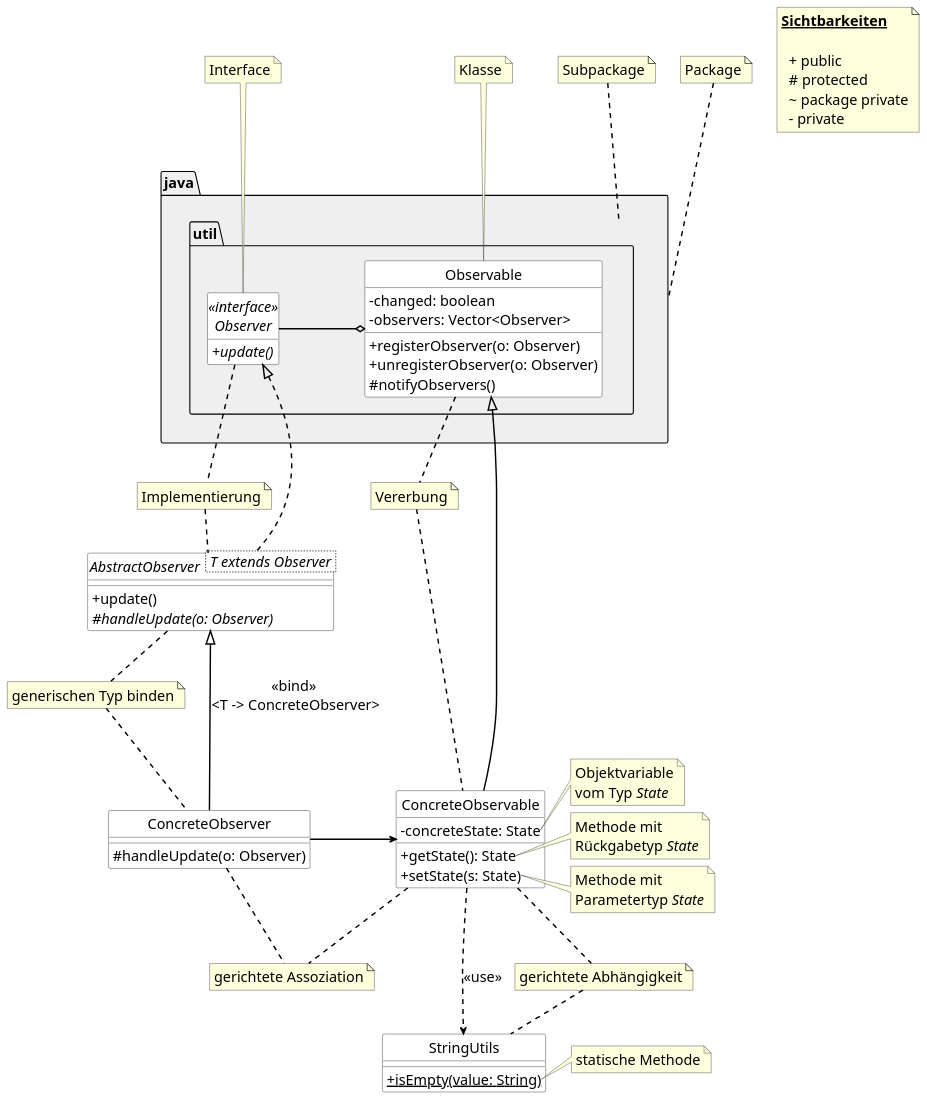
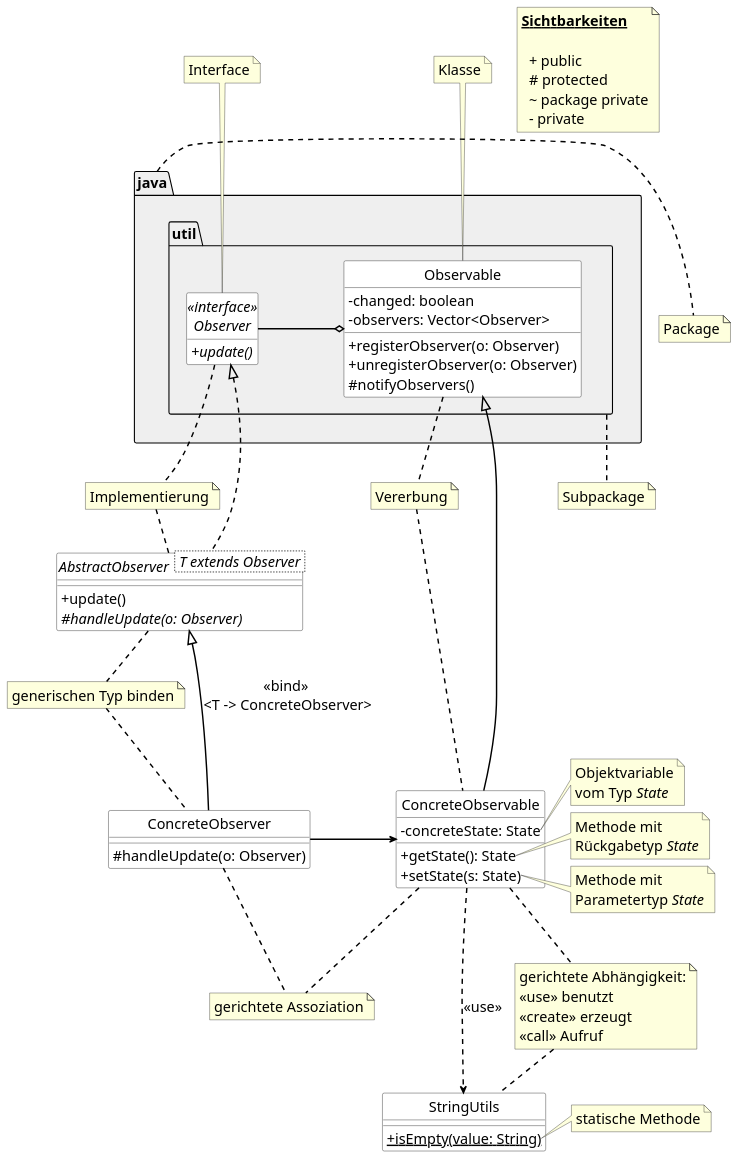
The diagram in doc/uml/class-diagram-technical.puml (uhafner/codingstyle), drawn with PlantUML before and after one commit. The commit also changed 2 other files, not shown here.

Commit message:
Improve UML legend.

```diff
--- a/doc/uml/class-diagram-technical.puml
+++ b/doc/uml/class-diagram-technical.puml
@@ -1,133 +1,133 @@
 @startuml
 
 skinparam package {
   BackgroundColor #efefef
   BorderColor #a0a0a0
   BackgroundColor<<Main>> gold
   BorderColor black
   ArrowColor black
-  FontName  Arial Unicode MS
+  FontName Arial Unicode MS
   FontSize 20
 }
 
 skinparam class {
   BackgroundColor #white
   BorderColor #f4f4f4
   BackgroundColor<<Main>> gold
   BorderColor black
   ArrowColor black
-  FontName  Arial Unicode MS
+  FontName Arial Unicode MS
   FontSize 20
 }
 skinparam classFontSize 24
 skinparam classAttributeIconSize 0
 skinparam defaultFontSize 20
 
 skinparam ArrowColor black
 skinparam ArrowThickness 2
 
 hide circle
 
 package java.util {
     class Observable {
         - changed: boolean
         - observers: Vector<Observer>
         +registerObserver(o: Observer)
         +unregisterObserver(o: Observer)
         #notifyObservers()
     }
 
     interface Observer <<interface>> {
         +update() {abstract}
     }
 }
 
 note "Package" as Package
 note "Subpackage" as Subpackage
 note "Klasse" as Class
 note "Interface" as Interface
 note "Vererbung" as Vererbung
 note "Implementierung" as Implementierung
 note "gerichtete Assoziation" as Assoziation
 note "generischen Typ binden" as Generics
-note "gerichtete Abhängigkeit" as Dependency
+note "gerichtete Abhängigkeit:\n<<use>> benutzt\n<<create>> erzeugt\n<<call>> Aufruf" as Dependency
 
 class ConcreteObservable {
     -concreteState: State
     +getState(): State
     +setState(s: State)
 }
 
 Observable <|-- ConcreteObservable
 
 hide interface fields
 
 abstract class AbstractObserver < T extends Observer >  {
     +update()
     #handleUpdate(o: Observer) {abstract}
 }
 
 class ConcreteObserver {
     #handleUpdate(o: Observer)
 }
 
 class StringUtils {
     +isEmpty(value: String) {static}
 }
 
 note right of ConcreteObservable::concreteState
   Objektvariable
   vom Typ <i>State</i>
 end note
 
 note right of ConcreteObservable::getState
   Methode mit
   Rückgabetyp <i>State</i>
 end note
 
 note right of ConcreteObservable::setState
   Methode mit
   Parametertyp <i>State</i>
 end note
 
 
 Observable o- Observer : \t\t
 
 Observer <|.. AbstractObserver
 AbstractObserver <|-- ConcreteObserver : <<bind>> \n<T -> ConcreteObserver>
 ConcreteObservable <-left- ConcreteObserver : \t\t
 
-java .up. Package
-util .up. Subpackage
+java .right. Package
+util .down. Subpackage
 Observable .up. Class
 Observable .. Vererbung
 ConcreteObservable .up. Vererbung
 Observer .up. Interface
 
 Observer .down. Implementierung
 AbstractObserver .up. Implementierung
 
 ConcreteObserver .down. Assoziation
 ConcreteObservable .down. Assoziation
 ConcreteObservable .down.> StringUtils : <<use>>
 
 ConcreteObserver .up. Generics
 AbstractObserver .down. Generics
 
 ConcreteObservable .down. Dependency
 StringUtils .up. Dependency
 
 note right of StringUtils::isEmpty
   statische Methode
 end note
 
 note as floating
   <u><b>Sichtbarkeiten</b></u>
 
     + public
     # protected
     ~ package private
     - private
 end note
 
 @enduml
```
